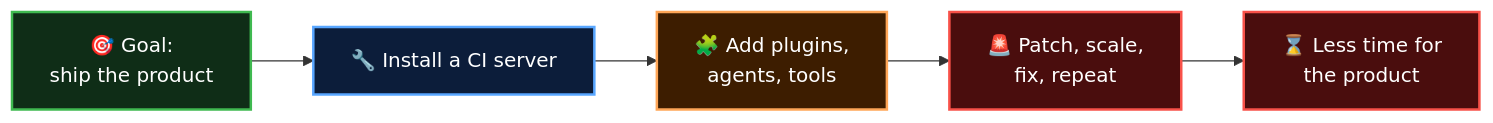
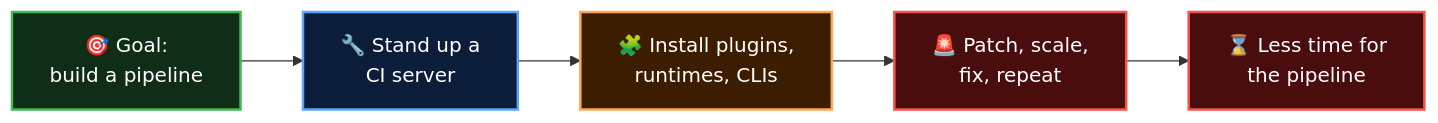
One commit to bhagatabhijeet/github-actions-knowledge-bundle changed the second of 2 diagrams in 03-problem-with-traditional-ci-cd-tools/01-the-problem-statement.md. Above: the diagram before and after it, drawn with Mermaid. The commit also changed other lines of this file and 4 other files, not shown here.

````diff
--- a/03-problem-with-traditional-ci-cd-tools/01-the-problem-statement.md
+++ b/03-problem-with-traditional-ci-cd-tools/01-the-problem-statement.md
@@ -74,12 +123,12 @@
 ```mermaid
 flowchart LR
-    A[🎯 Goal:<br/>ship the product]:::green --> B[🔧 Install a CI server]:::blue
-    B --> C[🧩 Add plugins,<br/>agents, tools]:::orange
+    A[🎯 Goal:<br/>build a pipeline]:::green --> B[🔧 Stand up a<br/>CI server]:::blue
+    B --> C[🧩 Install plugins,<br/>runtimes, CLIs]:::orange
     C --> D[🚨 Patch, scale,<br/>fix, repeat]:::red
-    D --> E[⌛ Less time for<br/>the product]:::red
+    D --> E[⌛ Less time for<br/>the pipeline]:::red
 
     classDef green fill:#0f2d17,stroke:#3fb950,color:#fff,stroke-width:2px
     classDef blue fill:#0c1d3a,stroke:#58a6ff,color:#fff,stroke-width:2px
     classDef orange fill:#3d1d00,stroke:#ffa657,color:#fff,stroke-width:2px
     classDef red fill:#4a0d0d,stroke:#f85149,color:#fff,stroke-width:2px
 ```
````
